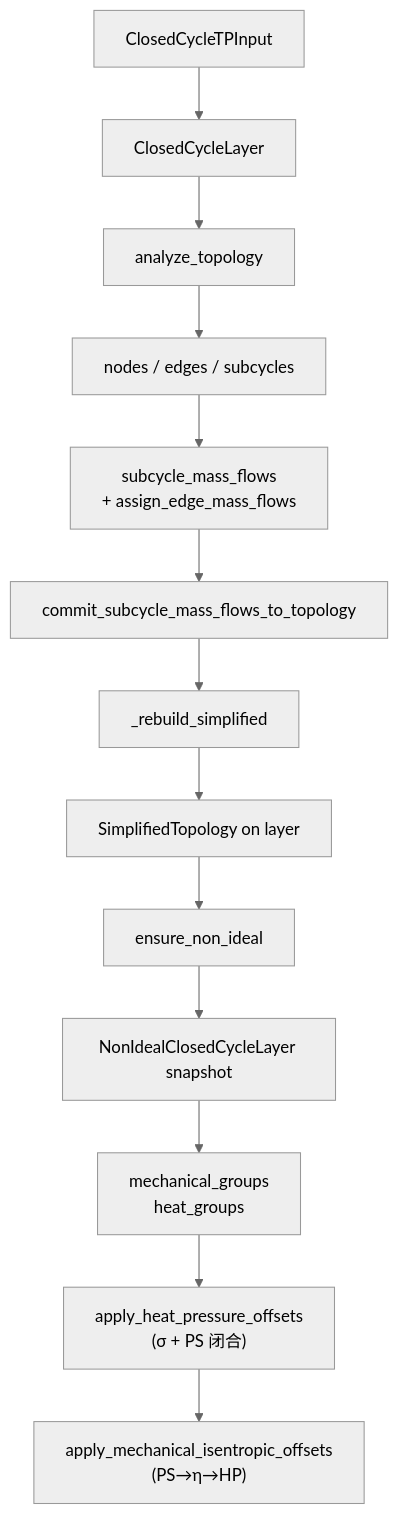
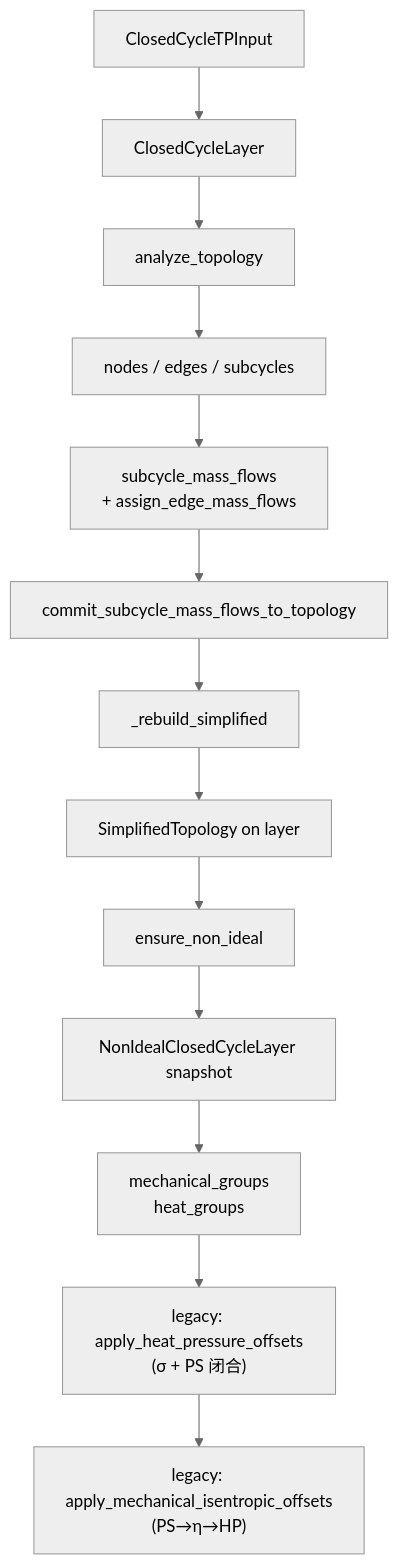
One commit to AkiVIVY/CyGES changed the diagram in docs/architecture.md. Above: the diagram before and after it, drawn with Mermaid (neutral theme). The commit also changed other lines of this file and 9 other files, not shown here.

````diff
--- a/docs/architecture.md
+++ b/docs/architecture.md
@@ -11,15 +11,15 @@
 ```mermaid
 flowchart TD
     inp[ClosedCycleTPInput] --> layer[ClosedCycleLayer]
     layer --> analyze[analyze_topology]
     analyze --> topo[nodes / edges / subcycles]
     topo --> mf["subcycle_mass_flows<br/>+ assign_edge_mass_flows"]
     mf --> commit[commit_subcycle_mass_flows_to_topology]
     commit --> simp[_rebuild_simplified]
     simp --> simplified[SimplifiedTopology on layer]
     simplified --> ensure[ensure_non_ideal]
     ensure --> ni[NonIdealClosedCycleLayer snapshot]
     ni --> groups["mechanical_groups<br/>heat_groups"]
-    groups --> heatoff["apply_heat_pressure_offsets<br/>(σ + PS 闭合)"]
-    heatoff --> mechoff["apply_mechanical_isentropic_offsets<br/>(PS→η→HP)"]
+    groups --> heatoff["legacy: apply_heat_pressure_offsets<br/>(σ + PS 闭合)"]
+    heatoff --> mechoff["legacy: apply_mechanical_isentropic_offsets<br/>(PS→η→HP)"]
 ```
````
